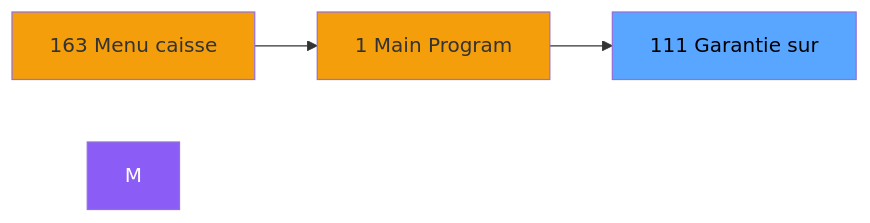
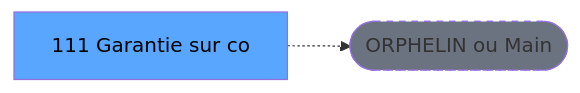
The second of 3 diagrams in .openspec/renders/ADH-IDE-111.md (thonyAGP/lecteur-magic), drawn with Mermaid before and after one commit. The commit also changed other lines of this file and 701 other files, not shown here.

````diff
--- a/.openspec/renders/ADH-IDE-111.md
+++ b/.openspec/renders/ADH-IDE-111.md
@@ -145,12 +138,8 @@
 ```mermaid
 graph LR
-    N163[163 Menu caisse ]
-    N1[1 Main Program]
-    T[111 Garantie sur]
-    N163 --> N1
-    N1 --> T
-    style M fill:#8b5cf6,color:#fff
-    style N163 fill:#f59e0b
-    style N1 fill:#f59e0b
+    T[111 Garantie sur co]
+    ORPHAN([ORPHELIN ou Main])
+    T -.-> ORPHAN
     style T fill:#58a6ff,color:#000
+    style ORPHAN fill:#6b7280,stroke-dasharray: 5 5
 ```
````
